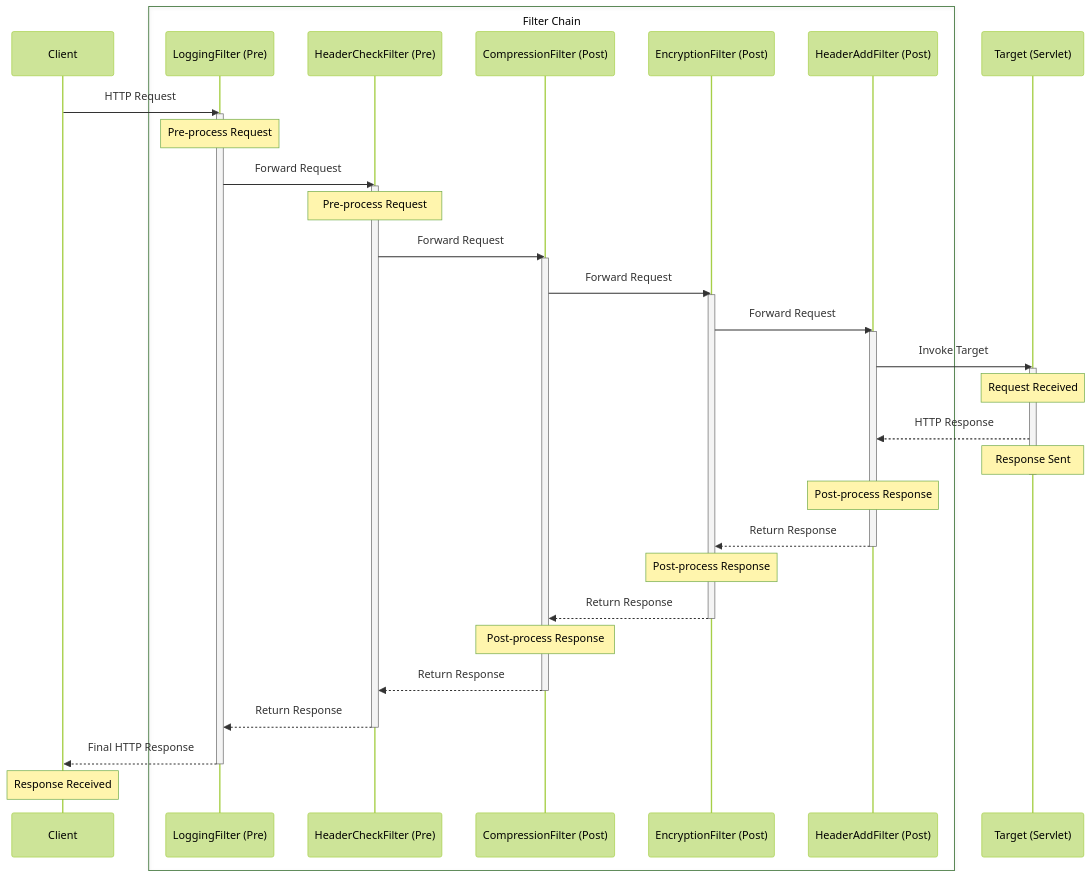
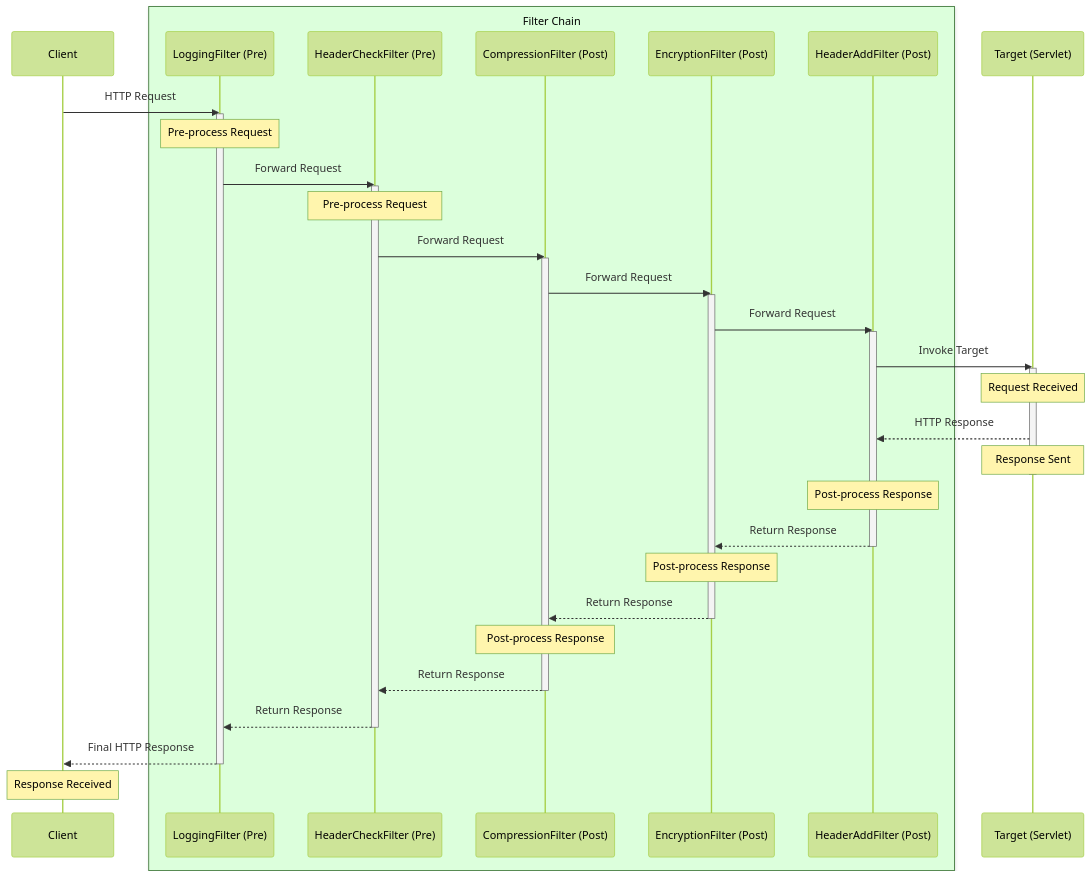
The fifth of 5 diagrams in a.md (kumar-github/tutorial-resources), drawn with Mermaid before and after one commit.

Commit message:
Change Filter Chain box color in sequence diagram

````diff
--- a/a.md
+++ b/a.md
@@ -204,47 +204,47 @@
 ```mermaid
 %%{init: {'theme': 'forest'}}%%
 sequenceDiagram
     participant C as Client
-    box Filter Chain
+    box rgb(220, 255, 220) Filter Chain
         participant F1 as LoggingFilter (Pre)
         participant F2 as HeaderCheckFilter (Pre)
         participant F3 as CompressionFilter (Post)
         participant F4 as EncryptionFilter (Post)
         participant F5 as HeaderAddFilter (Post)
     end
     participant T as Target (Servlet)
 %% Request path
     C ->> F1: HTTP Request
     activate F1
     Note over F1: Pre-process Request
     F1 ->> F2: Forward Request
     activate F2
     Note over F2: Pre-process Request
     F2 ->> F3: Forward Request
     activate F3
     F3 ->> F4: Forward Request
     activate F4
     F4 ->> F5: Forward Request
     activate F5
     F5 ->> T: Invoke Target
     activate T
     Note over T: Request Received
 %% Response path
     T -->> F5: HTTP Response
     Note over T: Response Sent
     deactivate T
     Note over F5: Post-process Response
     F5 -->> F4: Return Response
     deactivate F5
     Note over F4: Post-process Response
     F4 -->> F3: Return Response
     deactivate F4
     Note over F3: Post-process Response
     F3 -->> F2: Return Response
     deactivate F3
     F2 -->> F1: Return Response
     deactivate F2
     F1 -->> C: Final HTTP Response
     deactivate F1
     Note over C: Response Received
 ```
````
